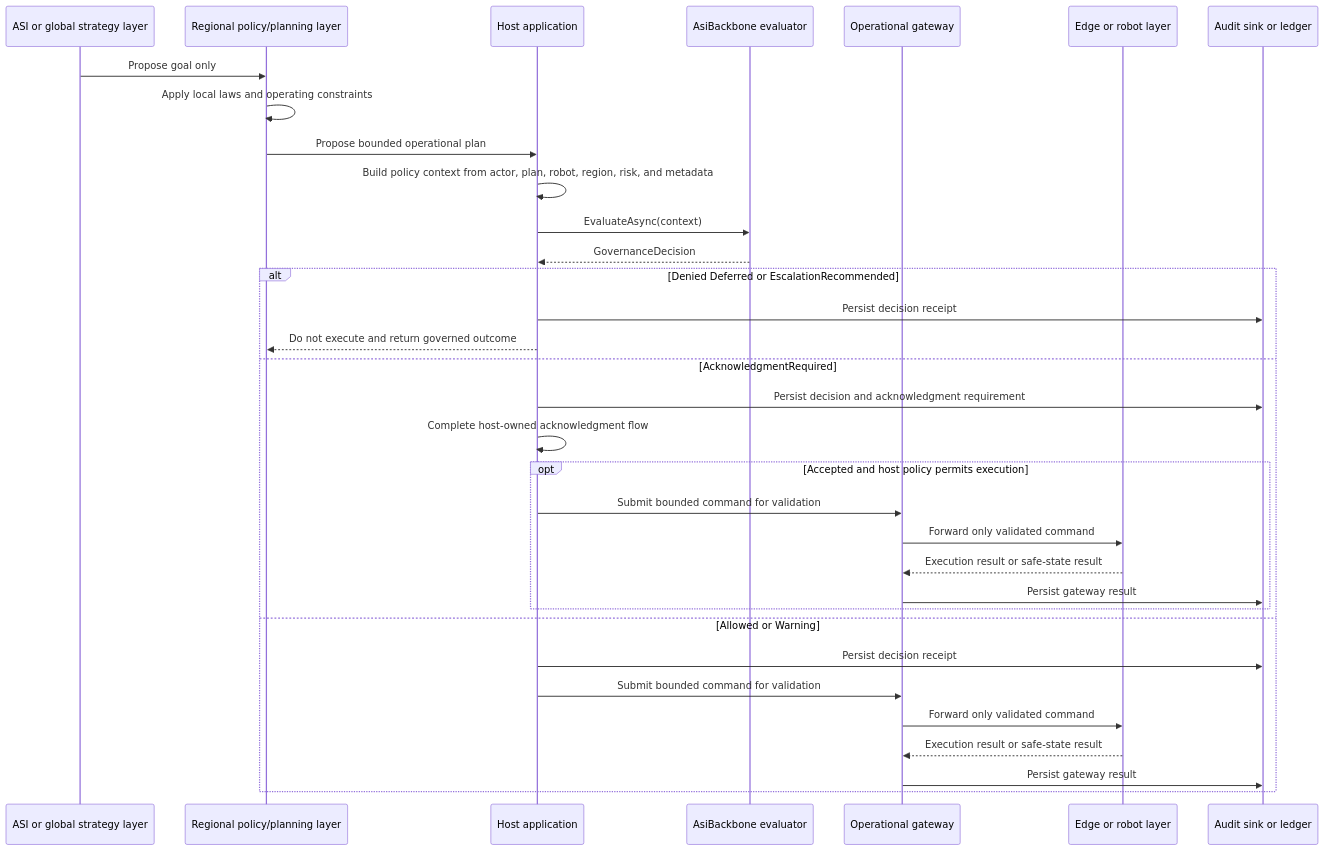
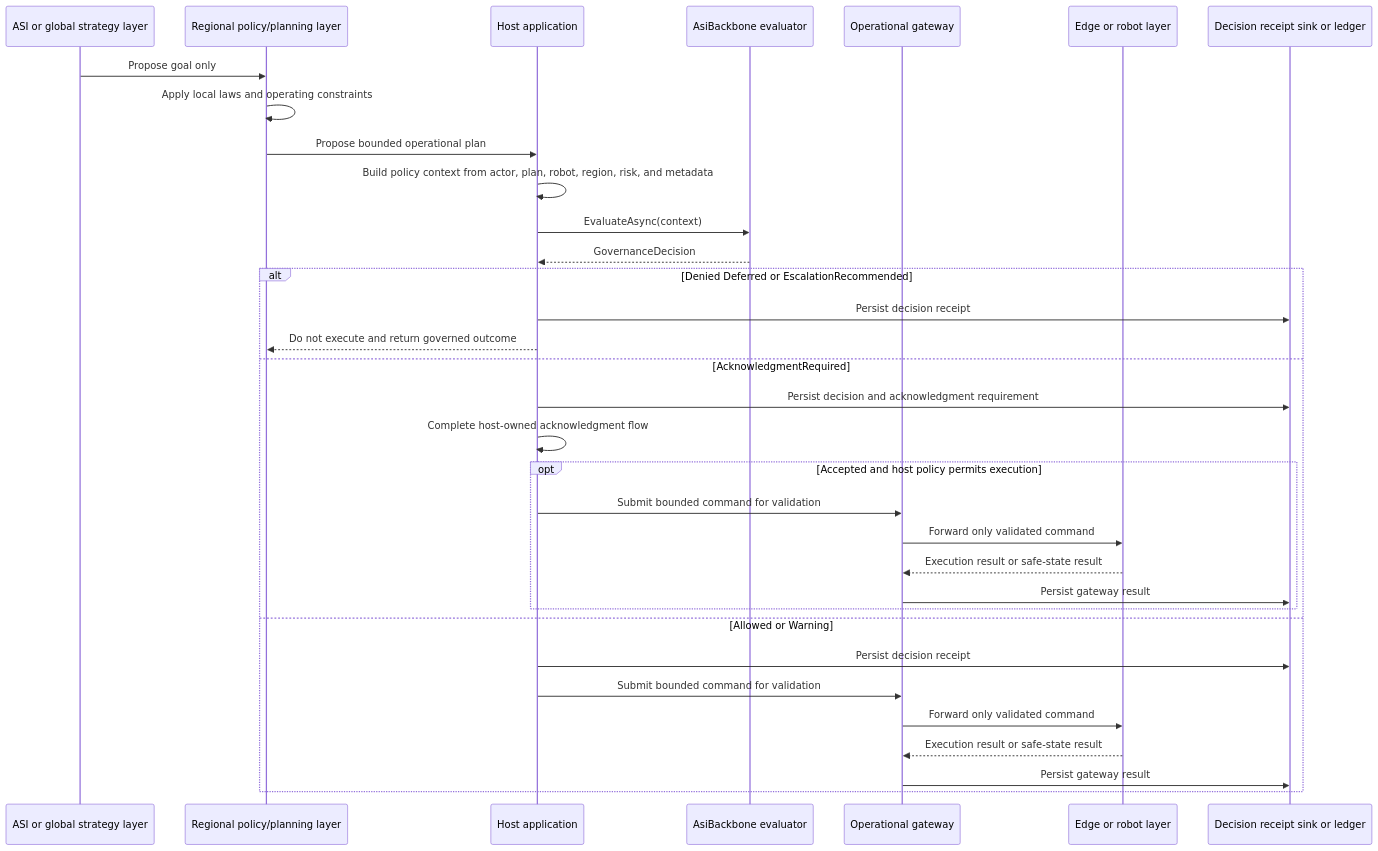
The diagram in docs/articles/scenarios/robotics-operational-gateway.md (AsiBackbone/AsiBackbone), drawn with Mermaid before and after one commit. The commit also changed 278 other files, not shown here.

````diff
--- a/docs/articles/scenarios/robotics-operational-gateway.md
+++ b/docs/articles/scenarios/robotics-operational-gateway.md
@@ -47,36 +47,36 @@
 ```mermaid
 sequenceDiagram
     participant Global as ASI or global strategy layer
     participant Regional as Regional policy/planning layer
     participant Host as Host application
     participant Backbone as AsiBackbone evaluator
     participant Gateway as Operational gateway
     participant Edge as Edge or robot layer
-    participant Audit as Audit sink or ledger
+    participant Audit as Decision receipt sink or ledger
 
     Global->>Regional: Propose goal only
     Regional->>Regional: Apply local laws and operating constraints
     Regional->>Host: Propose bounded operational plan
     Host->>Host: Build policy context from actor, plan, robot, region, risk, and metadata
     Host->>Backbone: EvaluateAsync(context)
     Backbone-->>Host: GovernanceDecision
     alt Denied Deferred or EscalationRecommended
         Host->>Audit: Persist decision receipt
         Host-->>Regional: Do not execute and return governed outcome
     else AcknowledgmentRequired
         Host->>Audit: Persist decision and acknowledgment requirement
         Host->>Host: Complete host-owned acknowledgment flow
         opt Accepted and host policy permits execution
             Host->>Gateway: Submit bounded command for validation
             Gateway->>Edge: Forward only validated command
             Edge-->>Gateway: Execution result or safe-state result
             Gateway->>Audit: Persist gateway result
         end
     else Allowed or Warning
         Host->>Audit: Persist decision receipt
         Host->>Gateway: Submit bounded command for validation
         Gateway->>Edge: Forward only validated command
         Edge-->>Gateway: Execution result or safe-state result
         Gateway->>Audit: Persist gateway result
     end
 ```
````
